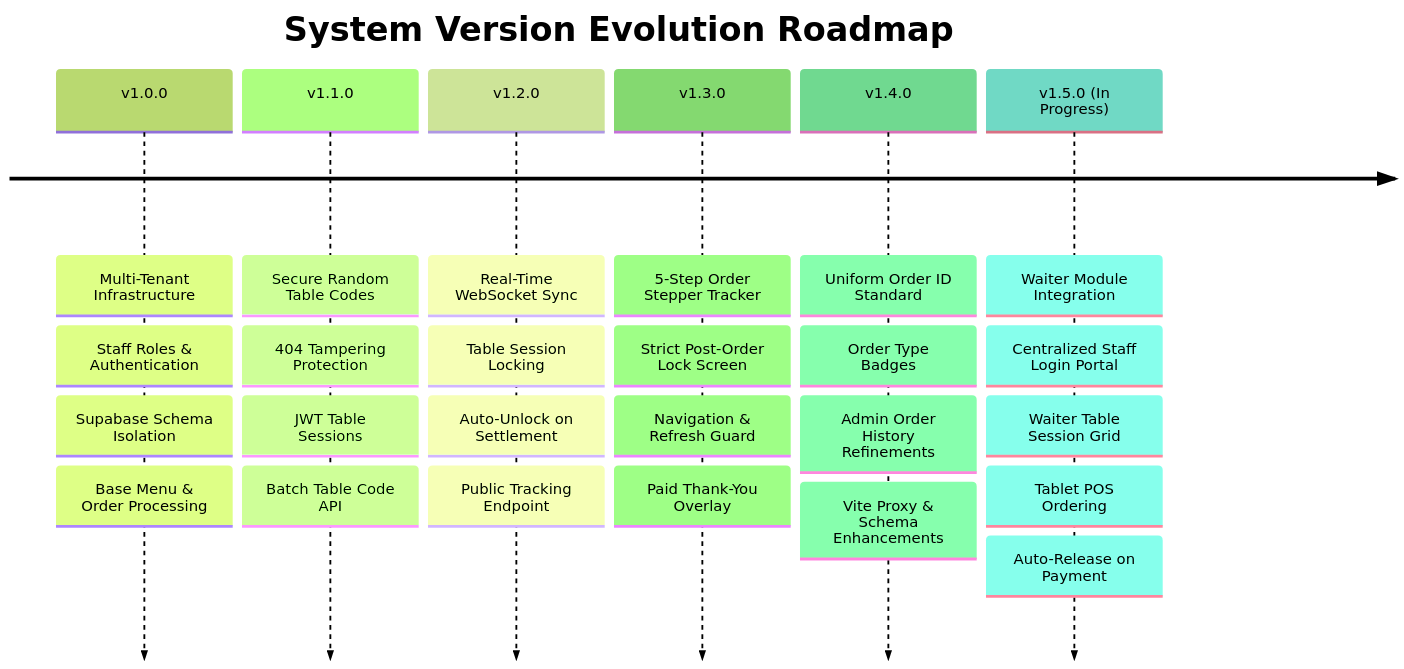
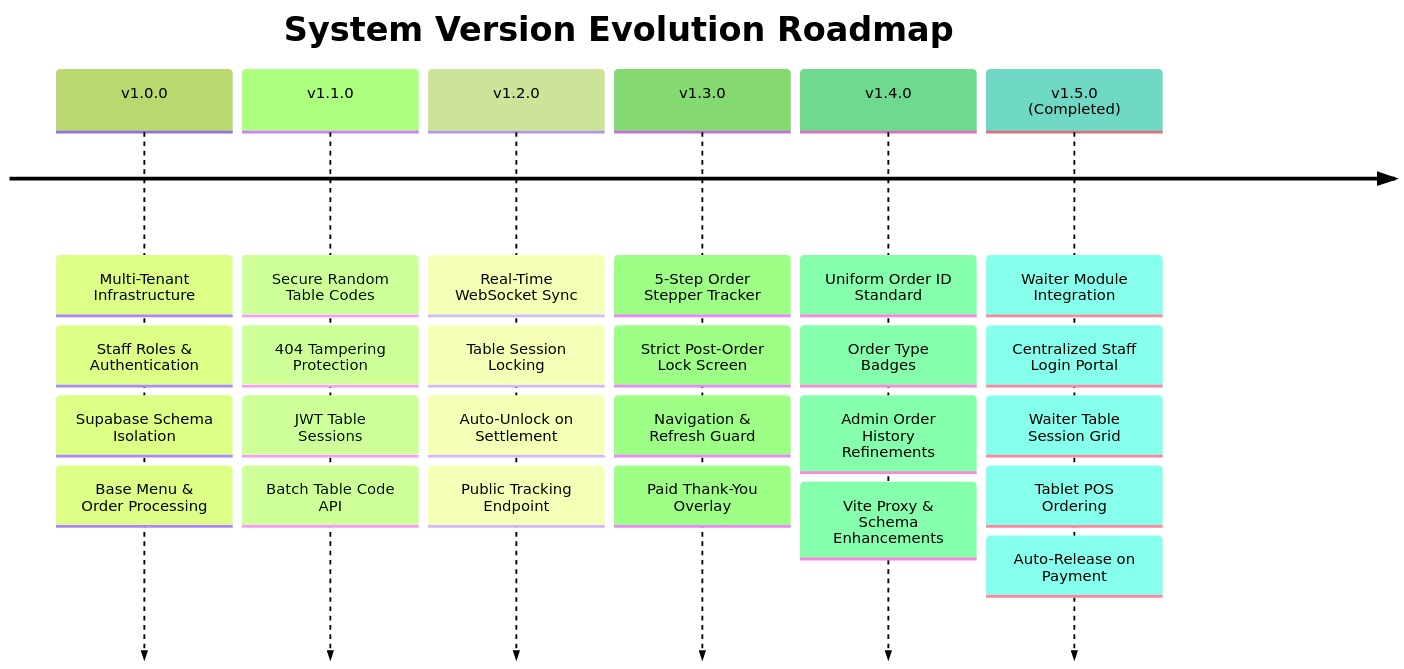
Before and after one commit to alifayyaz-06/apexscan: the first of 2 diagrams in PLAN.md, drawn with Mermaid (forest theme). The commit also changed other lines of this file, not shown here.

Commit message:
docs: finalize v1.5.0 Waiter Module in PLAN.md

````diff
--- a/PLAN.md
+++ b/PLAN.md
@@ -18,10 +18,10 @@
 ```mermaid
 timeline
     title System Version Evolution Roadmap
     v1.0.0 : Multi-Tenant Infrastructure : Staff Roles & Authentication : Supabase Schema Isolation : Base Menu & Order Processing
     v1.1.0 : Secure Random Table Codes : 404 Tampering Protection : JWT Table Sessions : Batch Table Code API
     v1.2.0 : Real-Time WebSocket Sync : Table Session Locking : Auto-Unlock on Settlement : Public Tracking Endpoint
     v1.3.0 : 5-Step Order Stepper Tracker : Strict Post-Order Lock Screen : Navigation & Refresh Guard : Paid Thank-You Overlay
     v1.4.0 : Uniform Order ID Standard : Order Type Badges : Admin Order History Refinements : Vite Proxy & Schema Enhancements
-    v1.5.0 (In Progress) : Waiter Module Integration : Centralized Staff Login Portal : Waiter Table Session Grid : Tablet POS Ordering : Auto-Release on Payment
+    v1.5.0 (Completed) : Waiter Module Integration : Centralized Staff Login Portal : Waiter Table Session Grid : Tablet POS Ordering : Auto-Release on Payment
 ```
````
